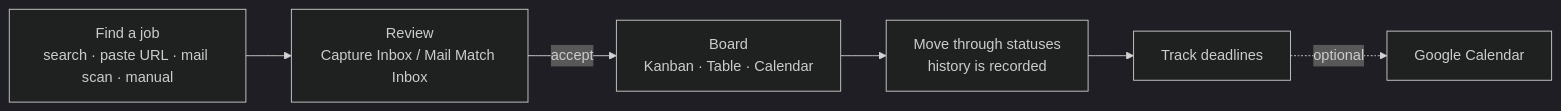
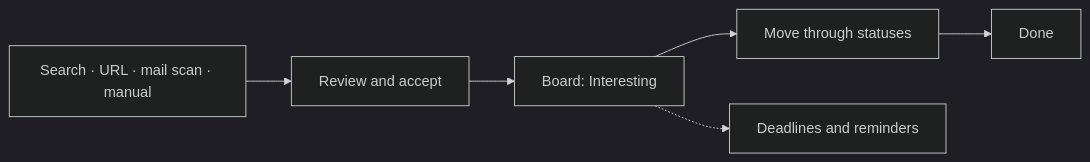
The first of 2 diagrams in README.md (eikrad/Job-Tracker), drawn with Mermaid (dark theme) before and after one commit. The commit also changed other lines of this file and 5 other files, not shown here.

````diff
--- a/README.md
+++ b/README.md
@@ -26,8 +37,8 @@
 ```mermaid
 flowchart LR
-    FIND["Find a job<br>search · paste URL · mail scan · manual"] --> REVIEW["Review<br>Capture Inbox / Mail Match Inbox"]
-    REVIEW -->|accept| BOARD["Board<br>Kanban · Table · Calendar"]
-    BOARD --> STATUS["Move through statuses<br>history is recorded"]
-    STATUS --> DATES["Track deadlines"]
-    DATES -.->|optional| GCAL[Google Calendar]
+    SRC["Search · URL · mail scan · manual"] --> REVIEW["Review and accept"]
+    REVIEW --> BOARD["Board: Interesting"]
+    BOARD --> STATUS["Move through statuses"]
+    STATUS --> DONE["Done"]
+    BOARD -.-> DATES["Deadlines and reminders"]
 ```
````
